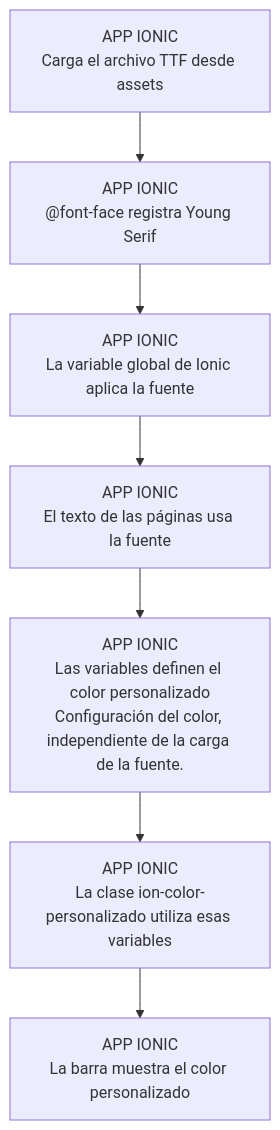
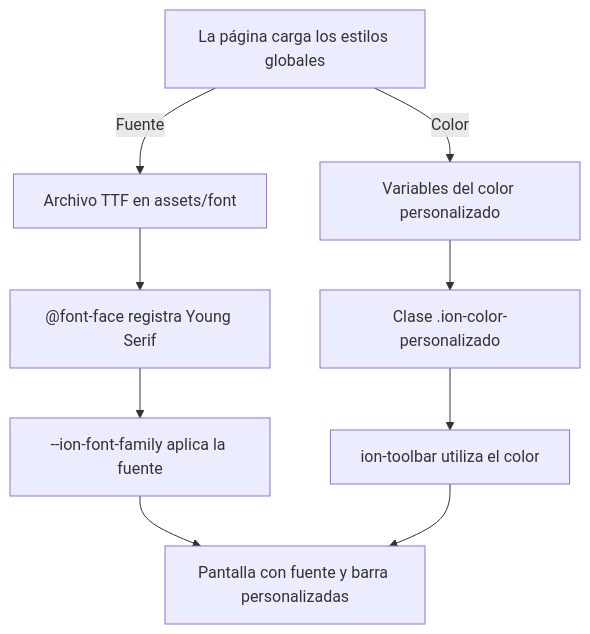
Before and after one commit to JonathanDeLaCruz/docker_moviles: the diagram in docs/manuales/recursos/flujos/06-estilos.mmd, drawn with Mermaid. The commit also changed 97 other files, not shown here.

Commit message:
Restaura diagramas con ramas y flujo descendente en los manuales

```diff
--- a/docs/manuales/recursos/flujos/06-estilos.mmd
+++ b/docs/manuales/recursos/flujos/06-estilos.mmd
@@ -1,14 +1,17 @@
 flowchart TD
-  N0["APP IONIC<br/>Carga el archivo TTF desde assets"]
-  N1["APP IONIC<br/>@font-face registra Young Serif"]
-  N2["APP IONIC<br/>La variable global de Ionic aplica la fuente"]
-  N3["APP IONIC<br/>El texto de las páginas usa la fuente"]
-  N4["APP IONIC<br/>Las variables definen el color personalizado<br/>Configuración del color, independiente de la carga de la fuente."]
-  N5["APP IONIC<br/>La clase ion-color-personalizado utiliza esas variables"]
-  N6["APP IONIC<br/>La barra muestra el color personalizado"]
-  N0 --> N1
-  N1 --> N2
-  N2 --> N3
-  N3 --> N4
-  N4 --> N5
-  N5 --> N6
+  A["La página carga los estilos globales"]
+  FONT["Archivo TTF en assets/font"]
+  FACE["@font-face registra Young Serif"]
+  VAR["--ion-font-family aplica la fuente"]
+  COLOR["Variables del color personalizado"]
+  CLASS["Clase .ion-color-personalizado"]
+  TOOL["ion-toolbar utiliza el color"]
+  END["Pantalla con fuente y barra personalizadas"]
+  A -->|"Fuente"| FONT
+  A -->|"Color"| COLOR
+  FONT --> FACE
+  FACE --> VAR
+  COLOR --> CLASS
+  CLASS --> TOOL
+  VAR --> END
+  TOOL --> END
```
